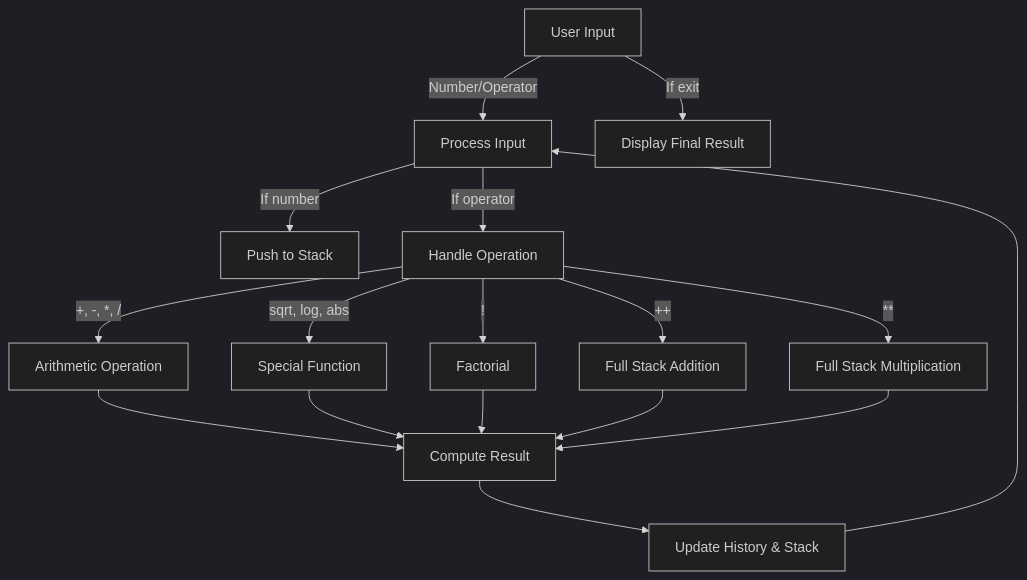
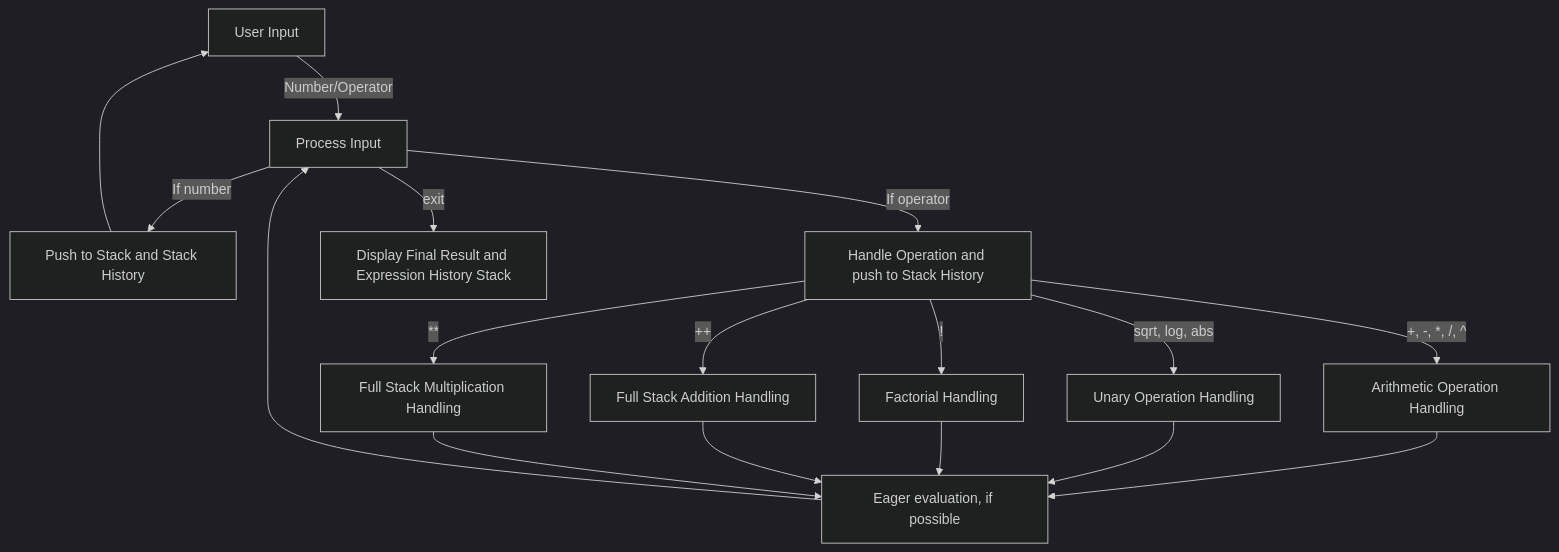
The first of 2 diagrams in README.md (maxrml/modern-concepts-rust), drawn with Mermaid (dark theme) before and after one commit. The commit also changed other lines of this file, not shown here.

````diff
--- a/README.md
+++ b/README.md
@@ -67,24 +31,25 @@
 ```mermaid
 flowchart TD
     A[User Input] -->|Number/Operator| B[Process Input]
     
-    B -->|If number| C[Push to Stack]
-    B -->|If operator| D[Handle Operation]
+    B -->|If number| C[Push to Stack and Stack History]
+    C --> A
+    B -->|If operator| D[Handle Operation and push to Stack History]
     
-    D -->|+, -, *, /| E[Arithmetic Operation]
-    D -->|sqrt, log, abs| F[Special Function]
-    D -->|!| G[Factorial]
-    D -->|++| H[Full Stack Addition]
-    D -->|**| I[Full Stack Multiplication]
+    D -->|+, -, *, /, ^| E[Arithmetic Operation Handling]
+    D -->|sqrt, log, abs| F[Unary Operation Handling]
+    D -->|!| G[Factorial Handling]
+    D -->|++| H[Full Stack Addition Handling]
+    D -->|**| I[Full Stack Multiplication Handling]
     
-    E --> J[Compute Result]
+    E --> J[Eager evaluation, if possible]
     F --> J
     G --> J
     H --> J
     I --> J
     
-    J --> K[Update History & Stack]
-    K --> B
+    J --> B
     
-    A -->|If exit| L[Display Final Result]
+    
+    B -->|exit| L[Display Final Result and Expression History Stack]
 ```
````
